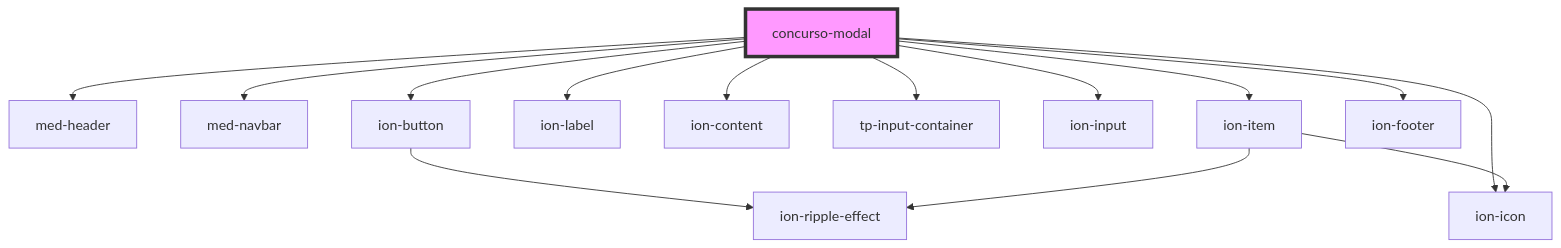
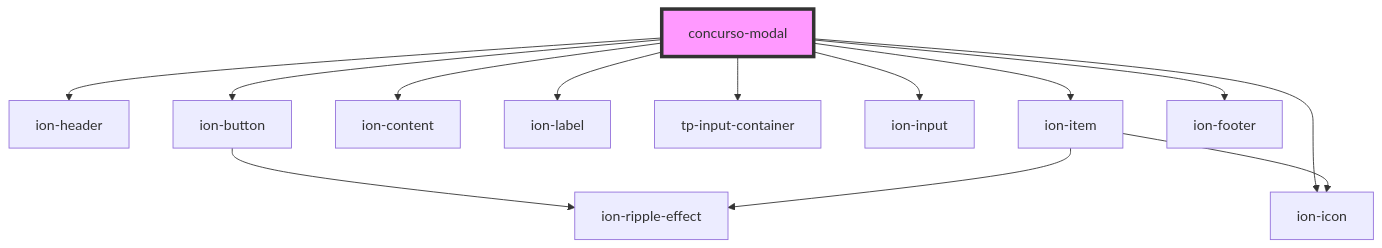
The diagram in core/src/components/@templarios/ionic-1-migracao/duvidas-academicas/concurso-modal/readme.md (MEDGRUPOGIT/ionic-framework-1), drawn with Mermaid before and after one commit. The commit also changed other lines of this file and 19 other files, not shown here.

````diff
--- a/core/src/components/@templarios/ionic-1-migracao/duvidas-academicas/concurso-modal/readme.md
+++ b/core/src/components/@templarios/ionic-1-migracao/duvidas-academicas/concurso-modal/readme.md
@@ -24,17 +23,16 @@
 ```mermaid
 graph TD;
-  concurso-modal --> med-header
-  concurso-modal --> med-navbar
+  concurso-modal --> ion-header
   concurso-modal --> ion-button
   concurso-modal --> ion-icon
+  concurso-modal --> ion-content
   concurso-modal --> ion-label
-  concurso-modal --> ion-content
   concurso-modal --> tp-input-container
   concurso-modal --> ion-input
   concurso-modal --> ion-item
   concurso-modal --> ion-footer
   ion-button --> ion-ripple-effect
   ion-item --> ion-icon
   ion-item --> ion-ripple-effect
   style concurso-modal fill:#f9f,stroke:#333,stroke-width:4px
 ```
````
